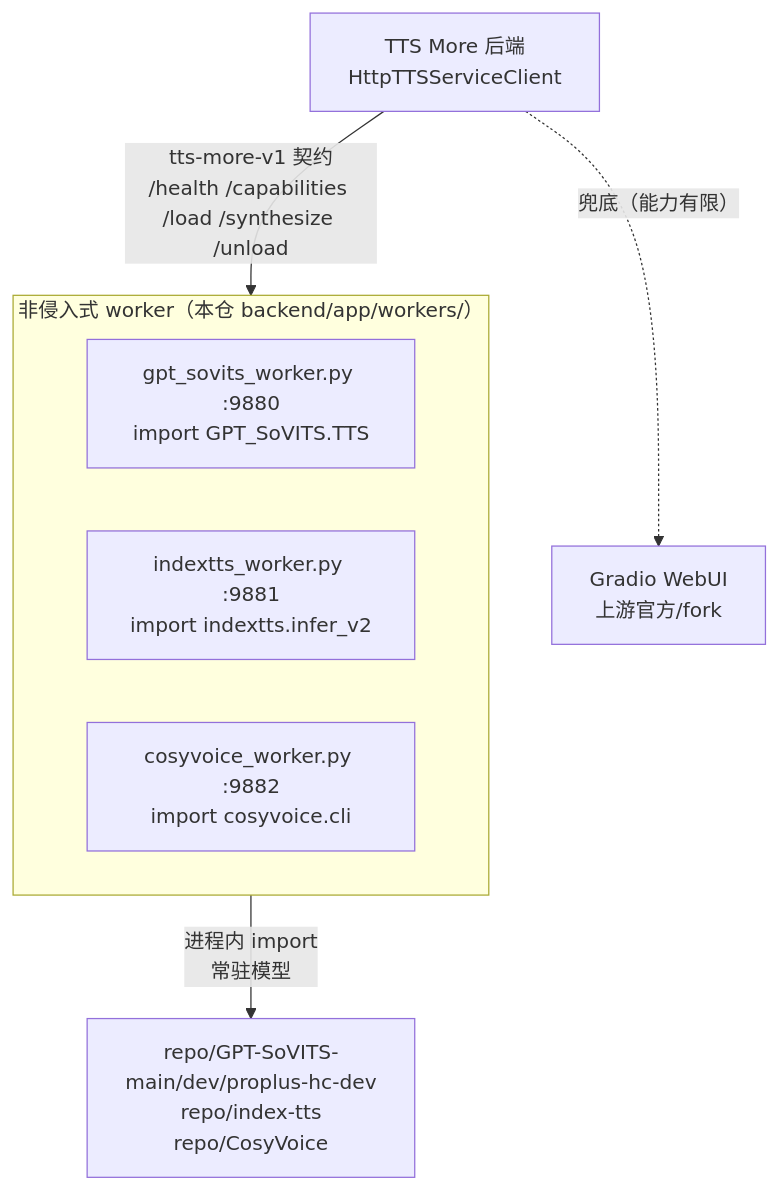
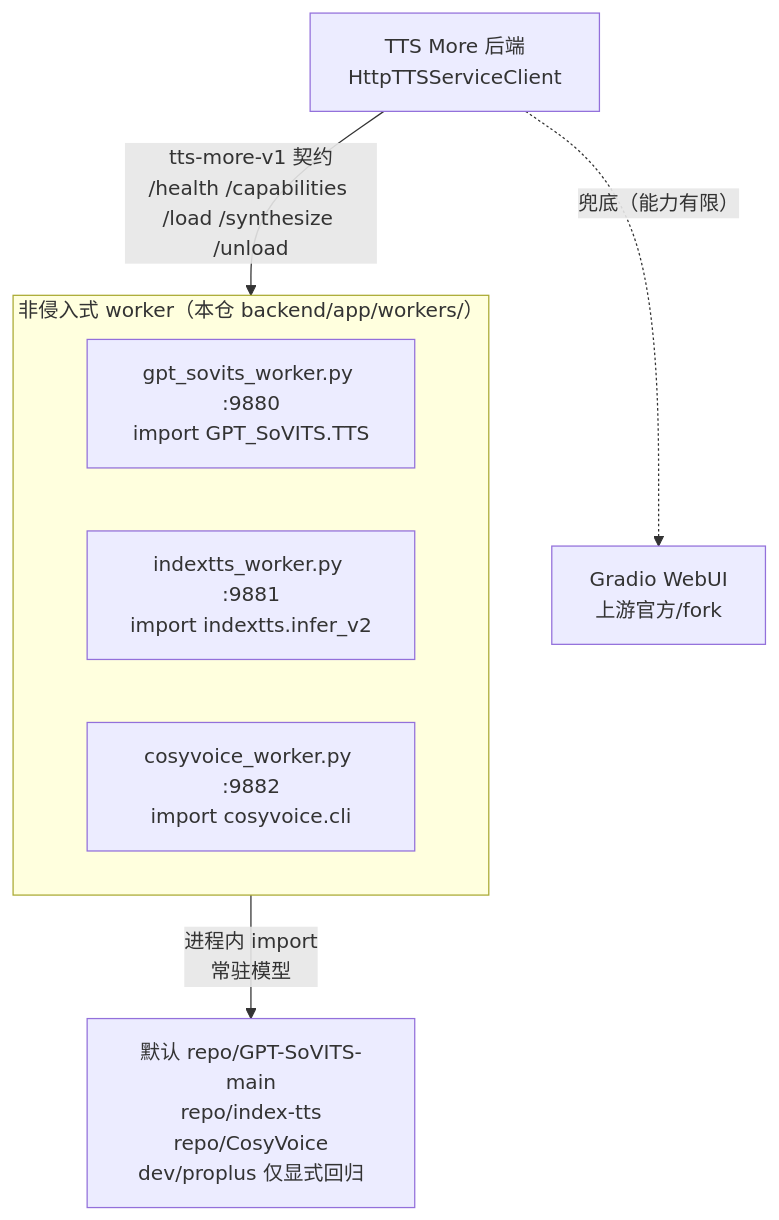
The first of 2 diagrams in docs/workers.md (XucroYuri/TTS_more), drawn with Mermaid before and after one commit. The commit also changed other lines of this file and 31 other files, not shown here.

````diff
--- a/docs/workers.md
+++ b/docs/workers.md
@@ -9,11 +9,11 @@
 ```mermaid
 flowchart TD
     App["TTS More 后端<br/>HttpTTSServiceClient"] -- "tts-more-v1 契约<br/>/health /capabilities /load /synthesize /unload" --> Workers
     subgraph Workers["非侵入式 worker（本仓 backend/app/workers/）"]
       W1["gpt_sovits_worker.py :9880<br/>import GPT_SoVITS.TTS"]
       W2["indextts_worker.py :9881<br/>import indextts.infer_v2"]
       W3["cosyvoice_worker.py :9882<br/>import cosyvoice.cli"]
     end
-    Workers -- "进程内 import<br/>常驻模型" --> Repos["repo/GPT-SoVITS-main/dev/proplus-hc-dev<br/>repo/index-tts<br/>repo/CosyVoice"]
+    Workers -- "进程内 import<br/>常驻模型" --> Repos["默认 repo/GPT-SoVITS-main<br/>repo/index-tts<br/>repo/CosyVoice<br/>dev/proplus 仅显式回归"]
     App -. "兜底（能力有限）" .-> Gradio["Gradio WebUI<br/>上游官方/fork"]
 ```
````
